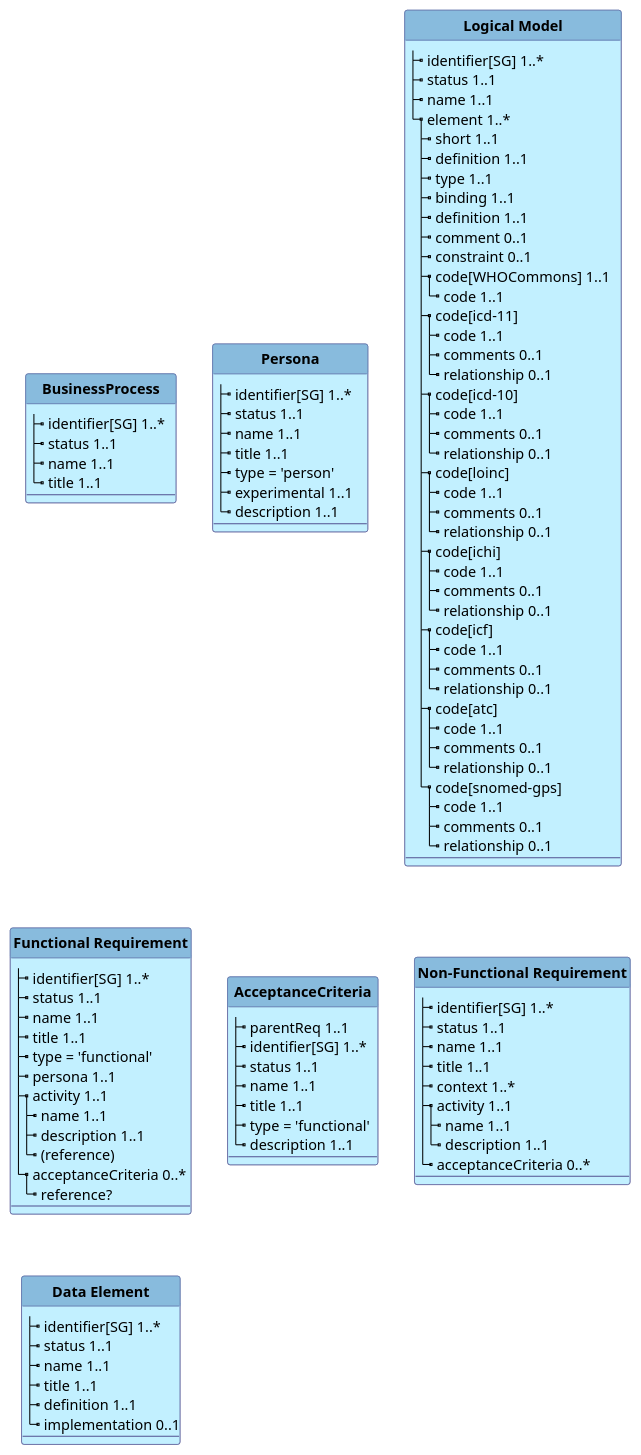
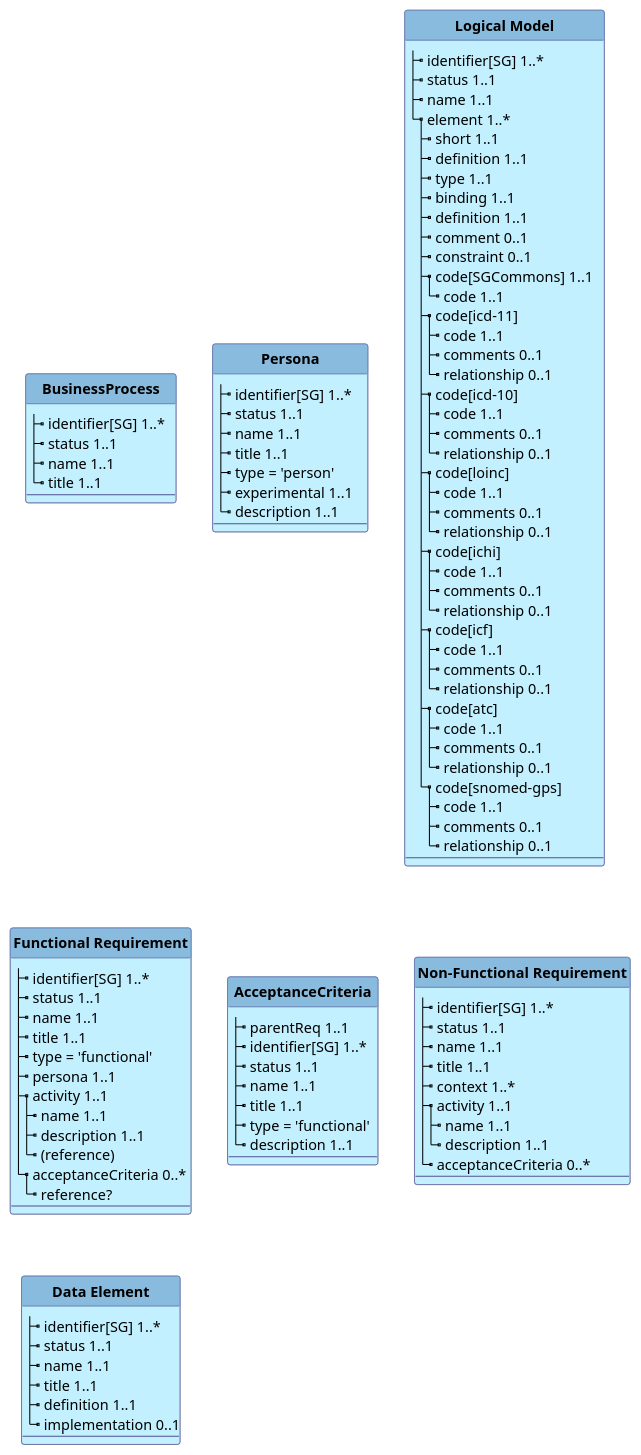
The diagram in input/images-source/model.plantuml (WorldHealthOrganization/smart-ig-starter-kit), drawn with PlantUML before and after one commit. The commit also changed 8 other files, not shown here.

```diff
--- a/input/images-source/model.plantuml
+++ b/input/images-source/model.plantuml
@@ -1,152 +1,152 @@
 @startuml
 'skinparam linetype ortho
 skinparam linetype polyline
 hide circle
 hide stereotype
 
 '!pragma layout smetana
 
 skinparam class<<MD>> {
  BorderColor DarkSlateGray
  BackgroundColor WhiteSmoke
  HeaderBackgroundColor #909090
 }
 
 skinparam class<<TM>> {
  BorderColor #505090
  BackgroundColor APPLICATION
  HeaderBackgroundColor #8bd
 }
 
 class "**BusinessProcess**" as Process<<TM>> {
     |_ identifier[SG] 1..*   
     |_ status 1..1
     |_ name 1..1
     |_ title 1..1
     --
 }
 
     class "**Persona**" as Pers<<TM>> {
         |_ identifier[SG] 1..*   
         |_ status 1..1
         |_ name 1..1
         |_ title 1..1
         |_ type = 'person'
         |_ experimental 1..1    
         |_ description 1..1
         --
     }
 
     class "**Logical Model**" as LM<<TM>> {
         |_ identifier[SG] 1..*   
         |_ status 1..1
         |_ name 1..1
         |_ element 1..*
           |_ short 1..1
           |_ definition 1..1
           |_ type 1..1
           |_ binding 1..1
           |_ definition 1..1
           |_ comment 0..1
           |_ constraint 0..1
-          |_ code[WHOCommons] 1..1   
+          |_ code[SGCommons] 1..1   
 '            |_ system 1..1
             |_ code 1..1
           |_ code[icd-11]
 '            |_ system 1..1
             |_ code 1..1
             |_ comments 0..1
             |_ relationship 0..1
           |_ code[icd-10]
 '            |_ system 1..1
             |_ code 1..1
             |_ comments 0..1
             |_ relationship 0..1
           |_ code[loinc]
 '            |_ system 1..1
             |_ code 1..1
             |_ comments 0..1
             |_ relationship 0..1
           |_ code[ichi]
 '            |_ system 1..1
             |_ code 1..1
             |_ comments 0..1
             |_ relationship 0..1
           |_ code[icf]
 '            |_ system 1..1
             |_ code 1..1
             |_ comments 0..1
             |_ relationship 0..1
           |_ code[atc]
 '            |_ system 1..1
             |_ code 1..1
             |_ comments 0..1
             |_ relationship 0..1
           |_ code[snomed-gps]    
 '            |_ system 1..1
             |_ code 1..1
             |_ comments 0..1
             |_ relationship 0..1
         --
     }
 
 
 
     class "**Functional Requirement**" as FReq<<TM>> {
         |_ identifier[SG] 1..*   
         |_ status 1..1
         |_ name 1..1
         |_ title 1..1
         |_ type = 'functional'
         |_ persona 1..1
         |_ activity 1..1
           |_ name 1..1
           |_ description 1..1
           |_ (reference)
  '       |_ description 1..1
         |_ acceptanceCriteria 0..*
           |_ reference?
         --
     }
 
 
     class "**AcceptanceCriteria**" as AC<<TM>> {
         |_ parentReq 1..1
         |_ identifier[SG] 1..*   
         |_ status 1..1
         |_ name 1..1
         |_ title 1..1
         |_ type = 'functional'
         |_ description 1..1
         --
     }
 
 
     class "**Non-Functional Requirement**" as NFR<<TM>> {
         |_ identifier[SG] 1..*   
         |_ status 1..1
         |_ name 1..1
         |_ title 1..1
         |_ context 1..*
         |_ activity 1..1
           |_ name 1..1
           |_ description 1..1
         |_ acceptanceCriteria 0..*
         --
     }
 
 'do we capture the CQL definition for a term, if available?
 
 
     class "**Data Element**" as DE<<TM>> {
         |_ identifier[SG] 1..*   
         |_ status 1..1
         |_ name 1..1
         |_ title 1..1
         |_ definition 1..1
         |_ implementation 0..1
         --
     }
 
 
 @enduml
```
